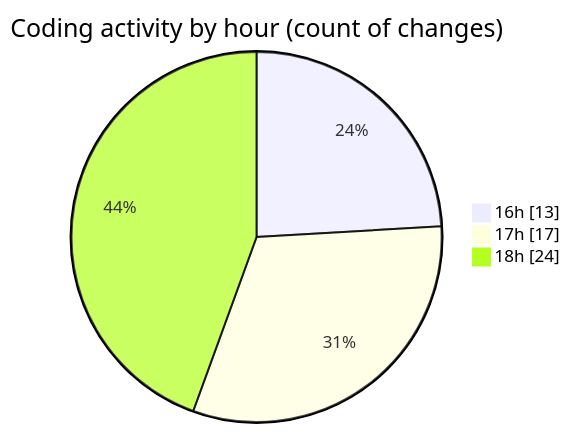
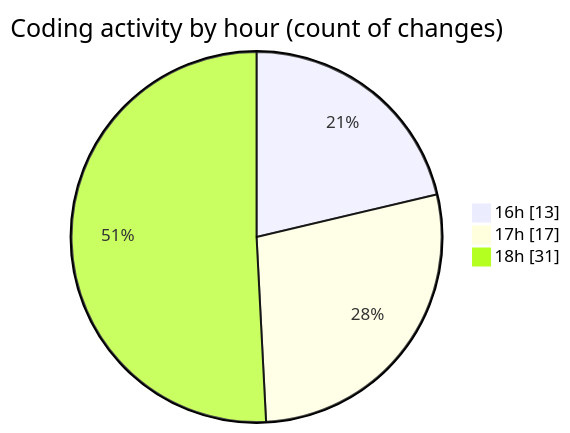
One commit to idhammustaqopulfikri/code-tracking changed the second of 2 diagrams in 2025-05-28/studio-backend/README.md. Above: the diagram before and after it, drawn with Mermaid. The commit also changed other lines of this file and 1 other file, not shown here.

````diff
--- a/2025-05-28/studio-backend/README.md
+++ b/2025-05-28/studio-backend/README.md
@@ -45,7 +47,7 @@
 ```mermaid
 pie showData
 title Coding activity by hour (count of changes)
 "16h" : 13
 "17h" : 17
-"18h" : 24
+"18h" : 31
 ```
````
